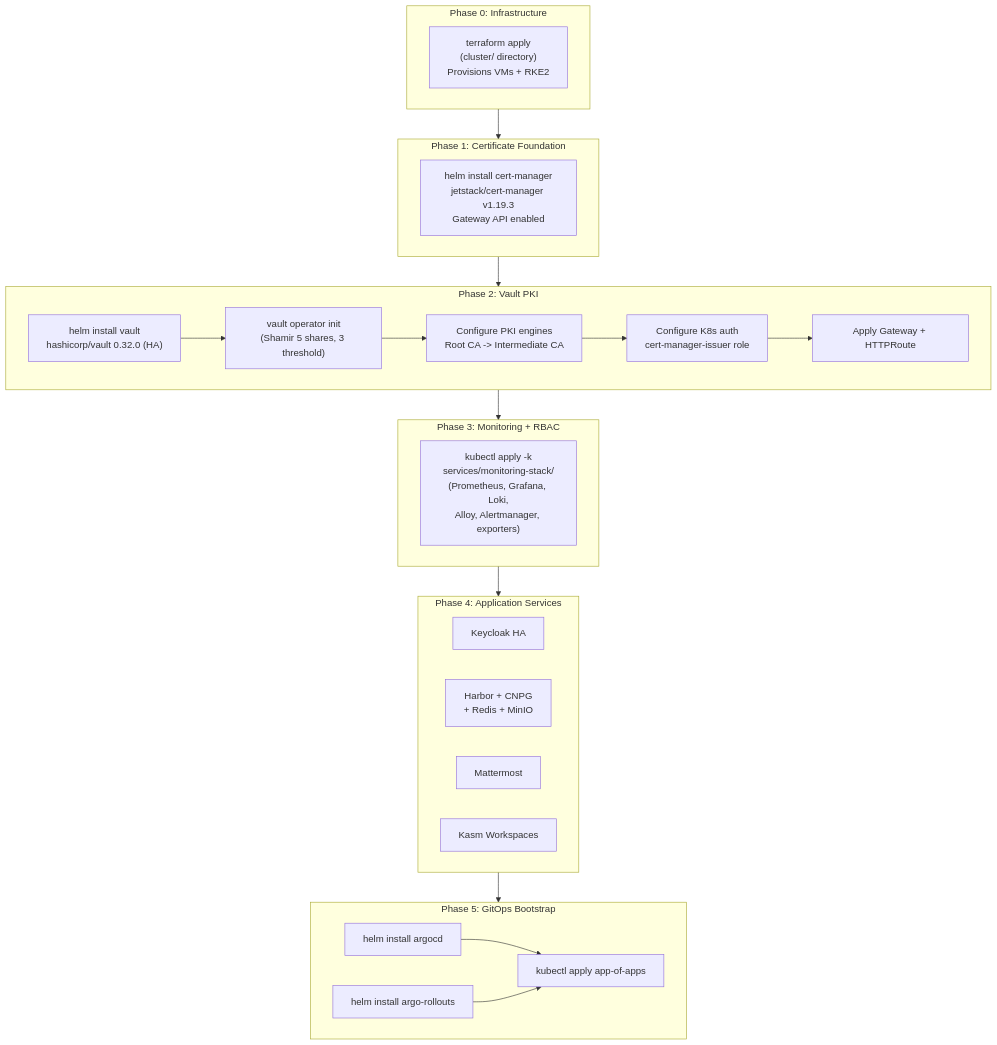
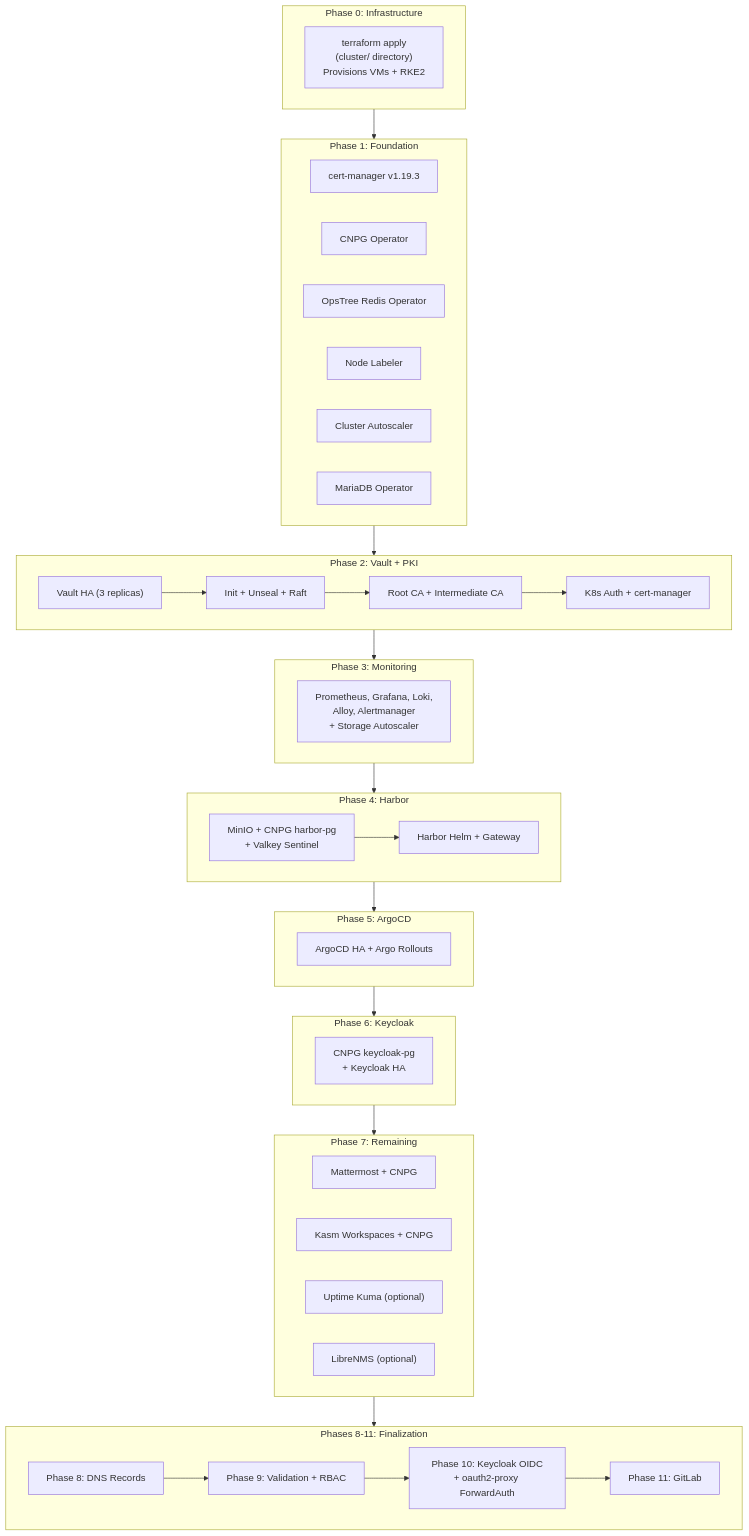
Before and after one commit to derhornspieler/harvester-rke2-platform: diagram 26 of 26 in docs/engineering/system-architecture.md, drawn with Mermaid. The commit also changed other lines of this file and 40 other files, not shown here.

````diff
--- a/docs/engineering/system-architecture.md
+++ b/docs/engineering/system-architecture.md
@@ -1313,45 +1318,65 @@
 ```mermaid
 flowchart TD
     subgraph Phase0["Phase 0: Infrastructure"]
         TF["terraform apply<br/>(cluster/ directory)<br/>Provisions VMs + RKE2"]
     end
 
-    subgraph Phase1["Phase 1: Certificate Foundation"]
-        CM["helm install cert-manager<br/>jetstack/cert-manager v1.19.3<br/>Gateway API enabled"]
+    subgraph Phase1["Phase 1: Foundation"]
+        F1["cert-manager v1.19.3"]
+        F2["CNPG Operator"]
+        F3["OpsTree Redis Operator"]
+        F4["Node Labeler"]
+        F5["Cluster Autoscaler"]
+        F6["MariaDB Operator"]
     end
 
-    subgraph Phase2["Phase 2: Vault PKI"]
-        V1["helm install vault<br/>hashicorp/vault 0.32.0 (HA)"]
-        V2["vault operator init<br/>(Shamir 5 shares, 3 threshold)"]
-        V3["Configure PKI engines<br/>Root CA -> Intermediate CA"]
-        V4["Configure K8s auth<br/>cert-manager-issuer role"]
-        V5["Apply Gateway + HTTPRoute"]
-        V1 --> V2 --> V3 --> V4 --> V5
+    subgraph Phase2["Phase 2: Vault + PKI"]
+        V1["Vault HA (3 replicas)"]
+        V2["Init + Unseal + Raft"]
+        V3["Root CA + Intermediate CA"]
+        V4["K8s Auth + cert-manager"]
+        V1 --> V2 --> V3 --> V4
     end
 
-    subgraph Phase3["Phase 3: Monitoring + RBAC"]
-        Mon["kubectl apply -k<br/>services/monitoring-stack/<br/>(Prometheus, Grafana, Loki,<br/>Alloy, Alertmanager, exporters)"]
+    subgraph Phase3["Phase 3: Monitoring"]
+        Mon["Prometheus, Grafana, Loki,<br/>Alloy, Alertmanager<br/>+ Storage Autoscaler"]
     end
 
-    subgraph Phase4["Phase 4: Application Services"]
-        direction LR
-        KC["Keycloak HA"]
-        Harbor["Harbor + CNPG<br/>+ Redis + MinIO"]
-        MM["Mattermost"]
-        KasmD["Kasm Workspaces"]
+    subgraph Phase4["Phase 4: Harbor"]
+        H1["MinIO + CNPG harbor-pg<br/>+ Valkey Sentinel"]
+        H2["Harbor Helm + Gateway"]
+        H1 --> H2
     end
 
-    subgraph Phase5["Phase 5: GitOps Bootstrap"]
-        A1["helm install argocd"]
-        A2["helm install argo-rollouts"]
-        A3["kubectl apply app-of-apps"]
-        A1 --> A3
-        A2 --> A3
+    subgraph Phase5["Phase 5: ArgoCD"]
+        A1["ArgoCD HA + Argo Rollouts"]
+    end
+
+    subgraph Phase6["Phase 6: Keycloak"]
+        KC["CNPG keycloak-pg<br/>+ Keycloak HA"]
+    end
+
+    subgraph Phase7["Phase 7: Remaining"]
+        MM["Mattermost + CNPG"]
+        KW["Kasm Workspaces + CNPG"]
+        UK["Uptime Kuma (optional)"]
+        LN["LibreNMS (optional)"]
+    end
+
+    subgraph Phase8_11["Phases 8-11: Finalization"]
+        DNS["Phase 8: DNS Records"]
+        Val["Phase 9: Validation + RBAC"]
+        OIDC["Phase 10: Keycloak OIDC<br/>+ oauth2-proxy ForwardAuth"]
+        GL["Phase 11: GitLab"]
+        DNS --> Val --> OIDC --> GL
     end
 
     Phase0 --> Phase1
     Phase1 --> Phase2
     Phase2 --> Phase3
     Phase3 --> Phase4
     Phase4 --> Phase5
+    Phase5 --> Phase6
+    Phase6 --> Phase7
+    Phase7 --> Phase8_11
 ```
````
